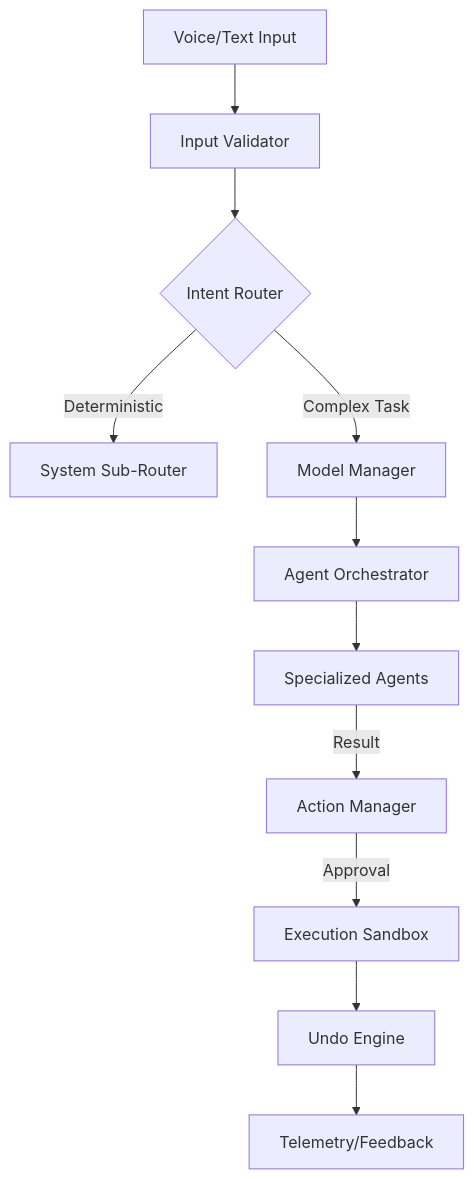
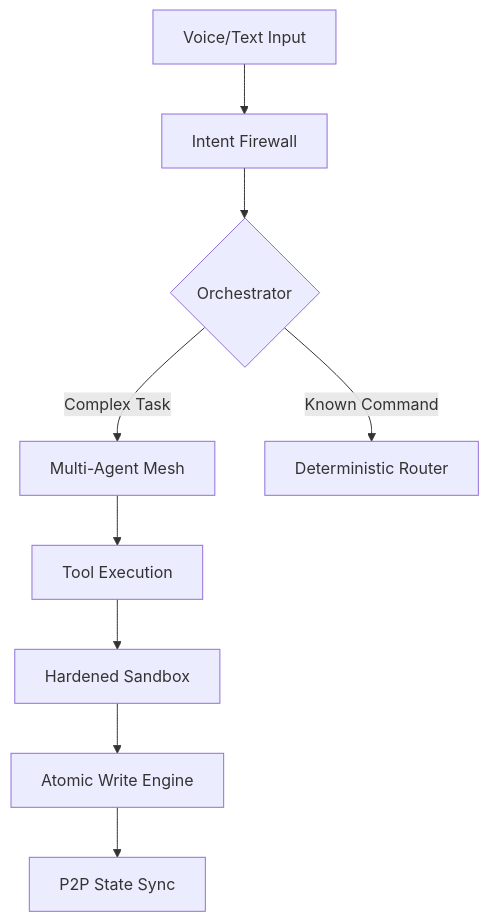
The diagram in README.md (Sarvadnya07/sherly), drawn with Mermaid before and after one commit. The commit also changed other lines of this file and 51 other files, not shown here.

````diff
--- a/README.md
+++ b/README.md
@@ -56,13 +37,11 @@
 ```mermaid
 graph TD
-    A[Voice/Text Input] --> B[Input Validator]
-    B --> C{Intent Router}
-    C -->|Deterministic| D[System Sub-Router]
-    C -->|Complex Task| E[Model Manager]
-    E --> F[Agent Orchestrator]
-    F --> G[Specialized Agents]
-    G -->|Result| H[Action Manager]
-    H -->|Approval| I[Execution Sandbox]
-    I --> J[Undo Engine]
-    J --> K[Telemetry/Feedback]
+    A[Voice/Text Input] --> B[Intent Firewall]
+    B --> C{Orchestrator}
+    C -->|Complex Task| D[Multi-Agent Mesh]
+    C -->|Known Command| E[Deterministic Router]
+    D --> F[Tool Execution]
+    F --> G[Hardened Sandbox]
+    G --> H[Atomic Write Engine]
+    H --> I[P2P State Sync]
 ```
````
